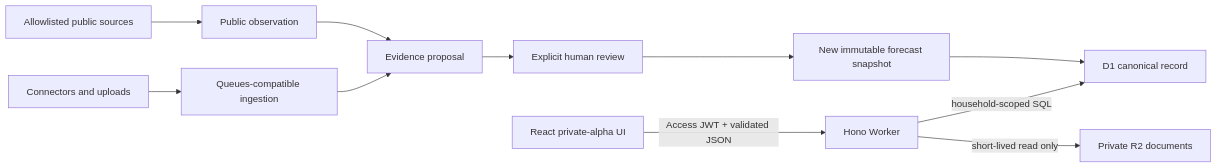
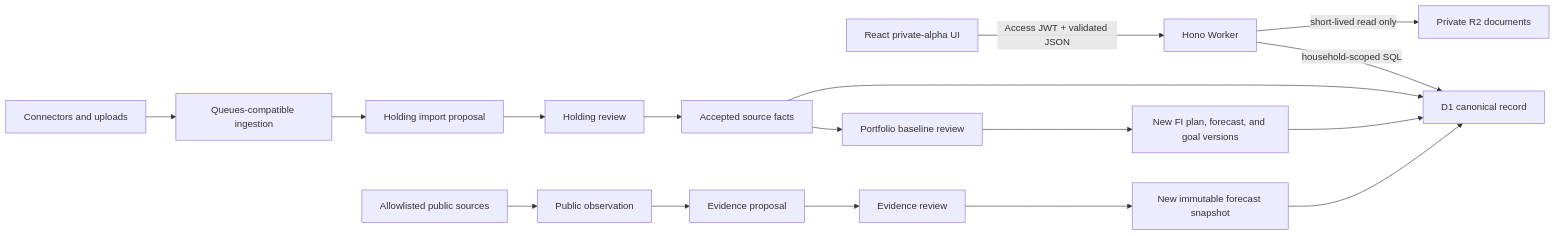
The diagram in docs/architecture/overview.md (cyyapye/keel-fi), drawn with Mermaid before and after one commit. The commit also changed other lines of this file and 27 other files, not shown here.

Commit message:
Add reviewed portfolio baseline

````diff
--- a/docs/architecture/overview.md
+++ b/docs/architecture/overview.md
@@ -7,13 +7,19 @@
 ```mermaid
 flowchart LR
   Browser["React private-alpha UI"] -->|"Access JWT + validated JSON"| API["Hono Worker"]
   API -->|"household-scoped SQL"| D1["D1 canonical record"]
   API -->|"short-lived read only"| R2["Private R2 documents"]
   Sources["Connectors and uploads"] --> Queue["Queues-compatible ingestion"]
-  Queue --> Proposal["Evidence proposal"]
-  Proposal --> Review["Explicit human review"]
-  Review --> Snapshot["New immutable forecast snapshot"]
+  Queue --> HoldingProposal["Holding import proposal"]
+  HoldingProposal --> HoldingReview["Holding review"]
+  HoldingReview --> AcceptedHolding["Accepted source facts"]
+  AcceptedHolding --> BaselineReview["Portfolio baseline review"]
+  BaselineReview --> VersionBundle["New FI plan, forecast, and goal versions"]
   Public["Allowlisted public sources"] --> Observation["Public observation"]
-  Observation --> Proposal
+  Observation --> EvidenceProposal["Evidence proposal"]
+  EvidenceProposal --> EvidenceReview["Evidence review"]
+  EvidenceReview --> Snapshot["New immutable forecast snapshot"]
+  AcceptedHolding --> D1
+  VersionBundle --> D1
   Snapshot --> D1
 ```
````
